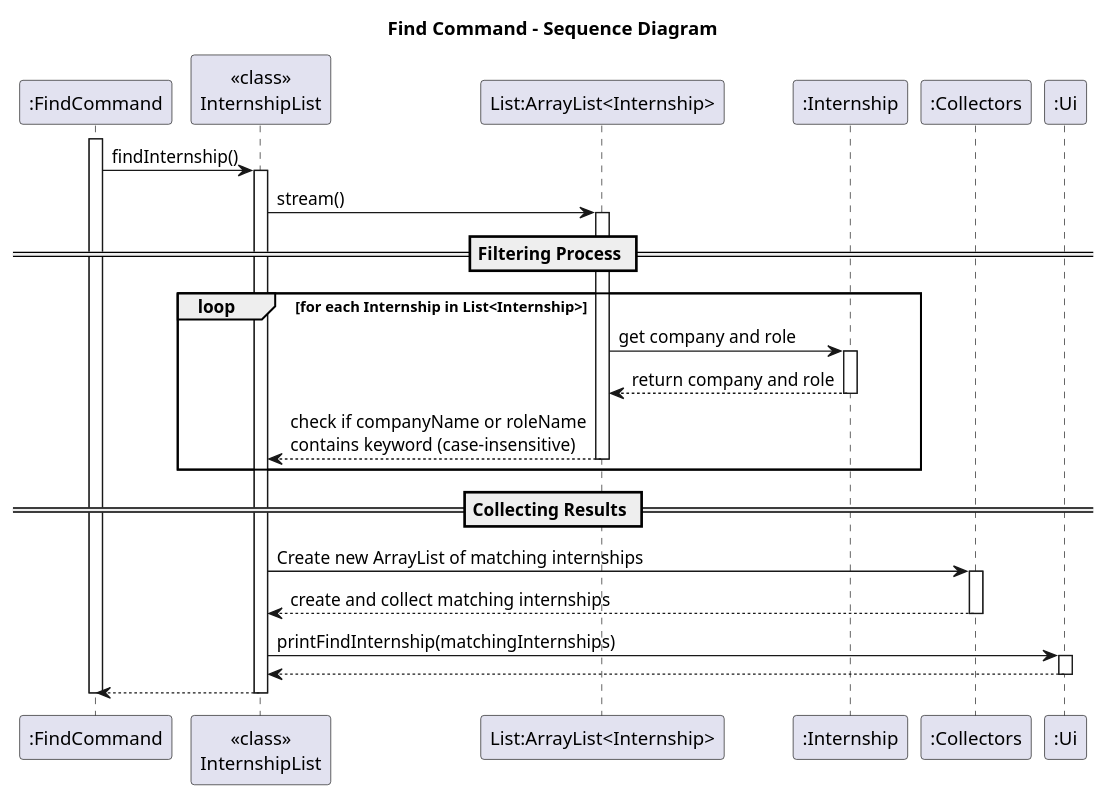
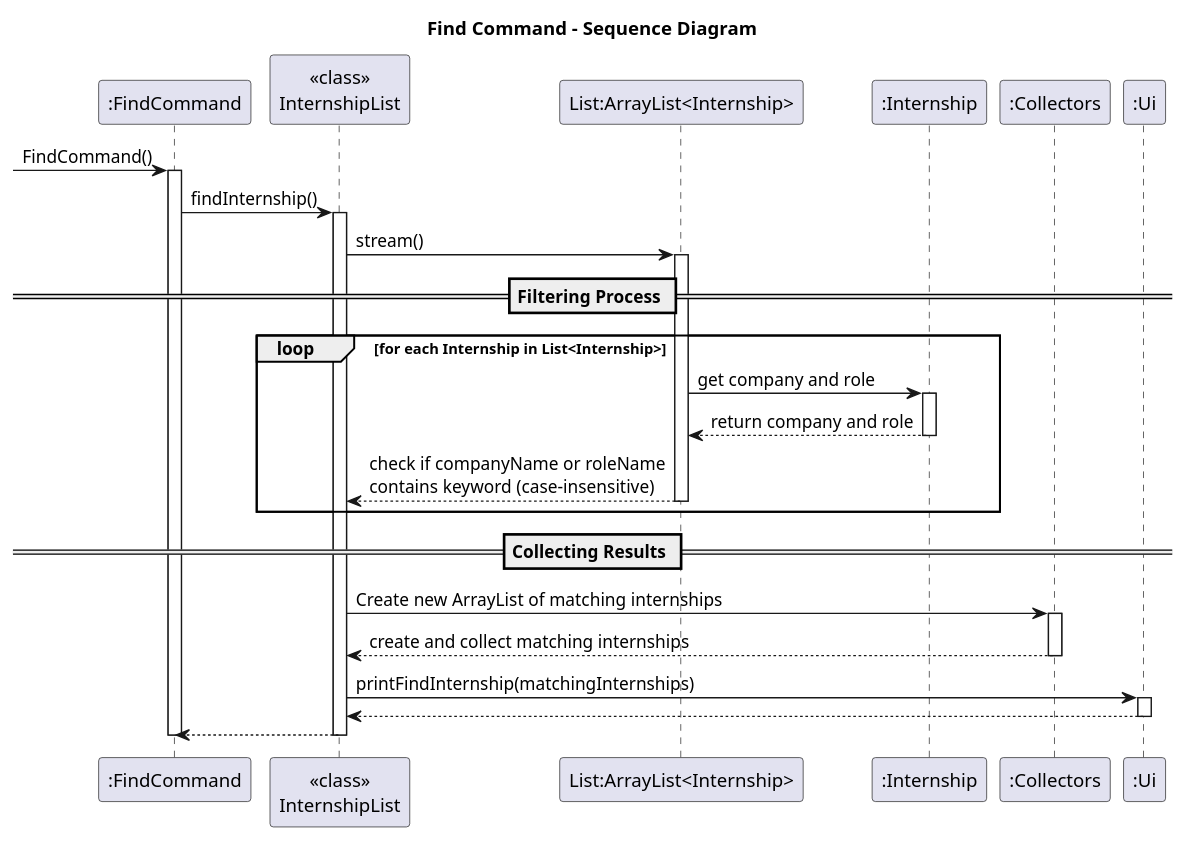
The diagram in docs/diagrams/FindCommandSD.puml (BenyAlbatross/tp), drawn with PlantUML before and after one commit. The commit also changed 3 other files, not shown here.

```diff
--- a/docs/diagrams/FindCommandSD.puml
+++ b/docs/diagrams/FindCommandSD.puml
@@ -1,42 +1,43 @@
 @startuml
 title Find Command - Sequence Diagram
 
 participant ":FindCommand" as FC
 participant "<<class>>\nInternshipList" as IL
 participant "List:ArrayList<Internship>" as LI
 participant ":Internship" as IN
 participant ":Collectors" as CO
 participant ":Ui" as Ui
 
+-> FC: FindCommand()
 activate FC
 FC -> IL: findInternship()
 activate IL
 IL -> LI: stream()
 activate LI
 
 == Filtering Process ==
 loop for each Internship in List<Internship>
     LI -> IN: get company and role
     activate IN
     IN --> LI: return company and role
     deactivate IN
     LI --> IL: check if companyName or roleName\ncontains keyword (case-insensitive)
     deactivate LI
 end
 
 == Collecting Results ==
 IL -> CO: Create new ArrayList of matching internships
 activate CO
 CO --> IL: create and collect matching internships
 deactivate CO
 
 IL -> Ui: printFindInternship(matchingInternships)
 activate Ui
 Ui --> IL
 deactivate Ui
 
 IL --> FC
 deactivate IL
 deactivate FC
 
 @enduml
```
